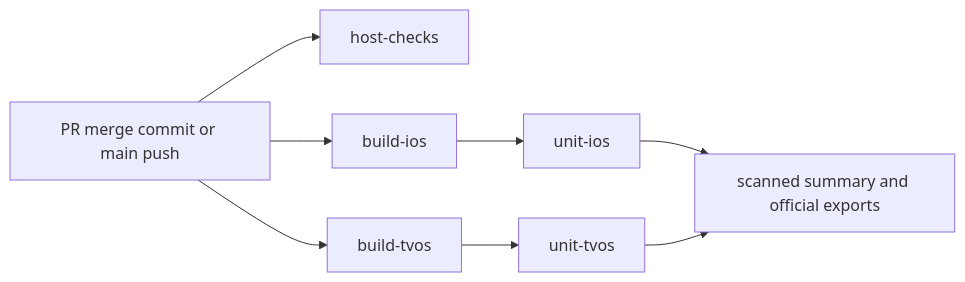
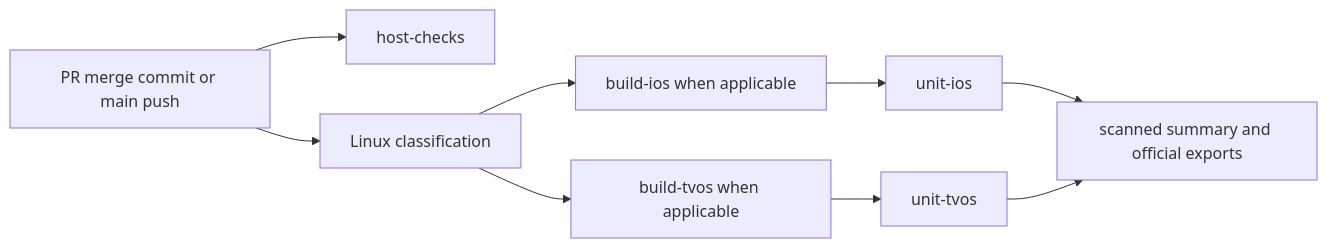
One commit to sudoHG/immichSlides changed the diagram in docs/CI_UNIT_TESTS.md. Above: the diagram before and after it, drawn with Mermaid. The commit also changed other lines of this file and 5 other files, not shown here.

````diff
--- a/docs/CI_UNIT_TESTS.md
+++ b/docs/CI_UNIT_TESTS.md
@@ -10,10 +10,11 @@
 ```mermaid
 flowchart LR
     PR[PR merge commit or main push] --> H[host-checks]
-    PR --> I[build-ios]
-    PR --> T[build-tvos]
+    PR --> C[Linux classification]
+    C --> I[build-ios when applicable]
+    C --> T[build-tvos when applicable]
     I --> U[unit-ios]
     T --> V[unit-tvos]
     U --> R[scanned summary and official exports]
     V --> R
 ```
````
